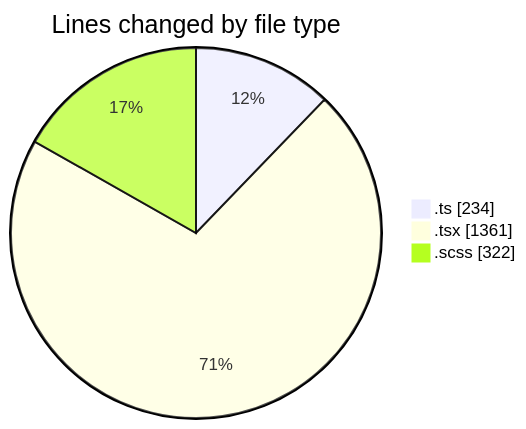
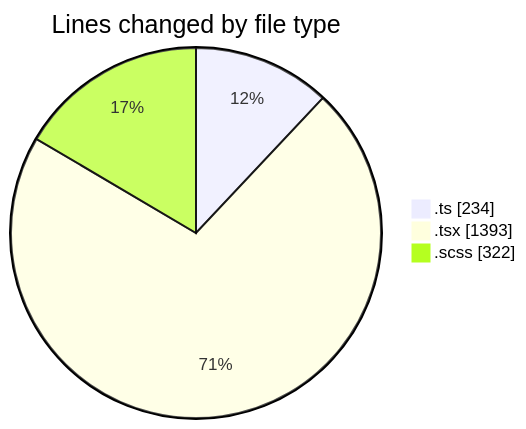
Before and after one commit to momahboobian/code-tracking: the first of 2 diagrams in 2025-05-01/cda/README.md, drawn with Mermaid. The commit also changed other lines of this file and 1 other file, not shown here.

````diff
--- a/2025-05-01/cda/README.md
+++ b/2025-05-01/cda/README.md
@@ -30,7 +30,7 @@
 ```mermaid
 pie showData
 title Lines changed by file type
 ".ts" : 234
-".tsx" : 1361
+".tsx" : 1393
 ".scss" : 322
 ```
````
